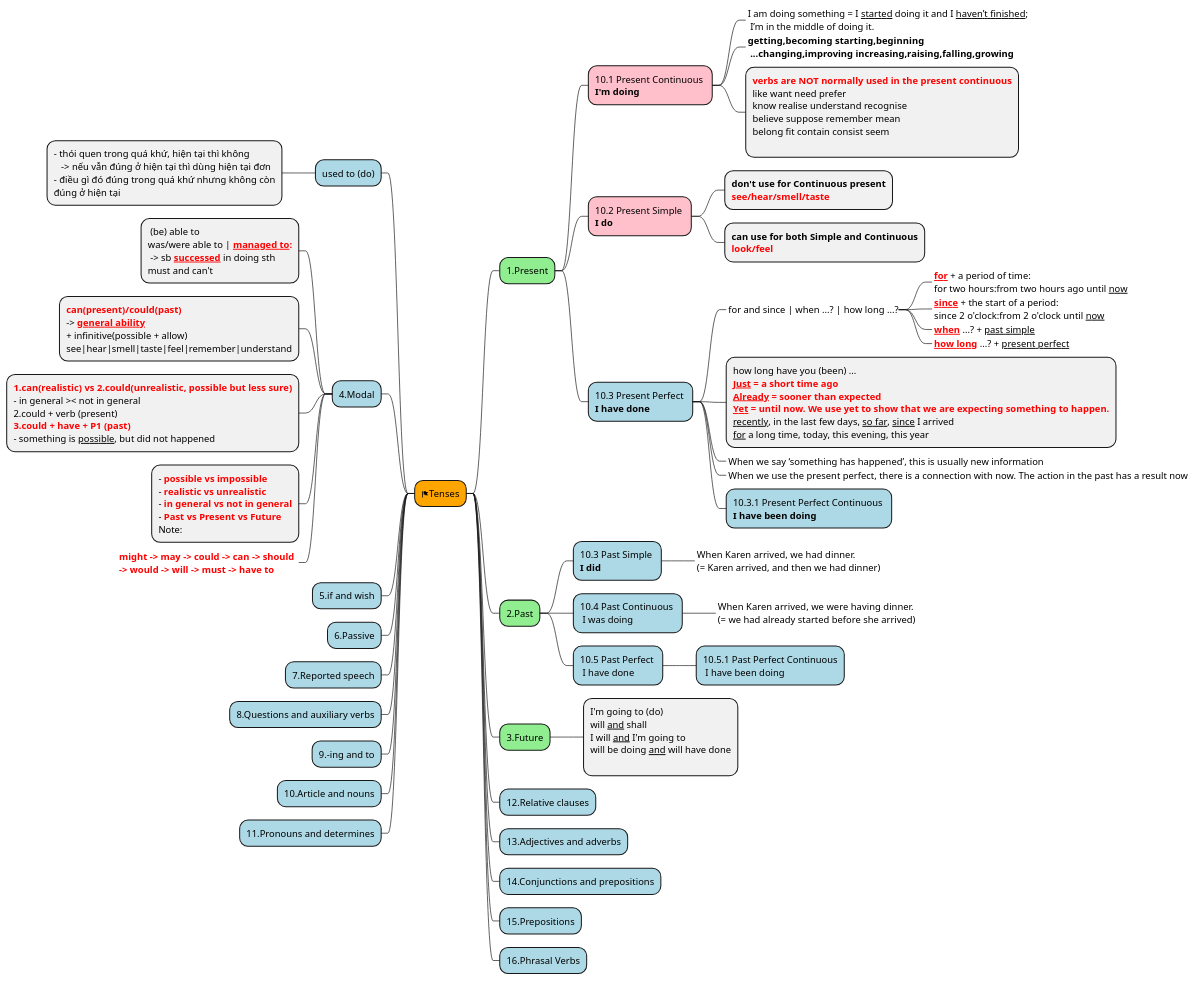
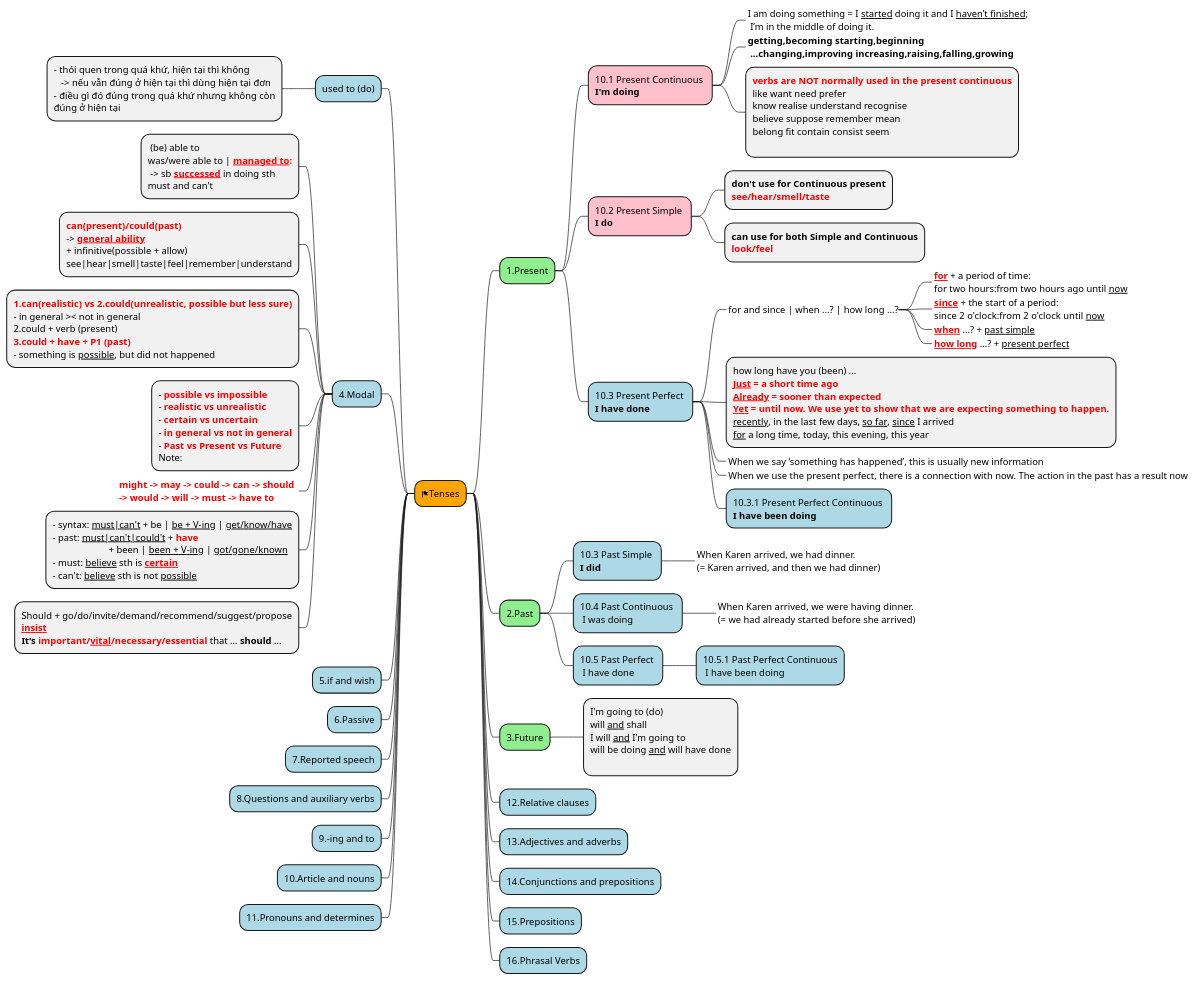
Before and after one commit to thanhnv2210/MyPlantuml: the diagram in src/English/Grammar/Tenses.puml, drawn with PlantUML. The commit also changed 9 other files, not shown here.

```diff
--- a/src/English/Grammar/Tenses.puml
+++ b/src/English/Grammar/Tenses.puml
@@ -1,103 +1,113 @@
 @startmindmap
 'https://canadadotnet.files.wordpress.com/2020/05/english-grammar-in-use-intermediate.pdf
 
 'caption figure 1
 'title My super title
 
 *[#orange] <&flag>Tenses
 **[#lightgreen] 1.Present
 ***[#pink] 10.1 Present Continuous \n<b>I'm doing
 ****_ I am doing something = I __started__ doing it and I __haven’t finished__; \n I’m in the middle of doing it.
 ****_ <b>getting,becoming  starting,beginning \n <b>...changing,improving increasing,raising,falling,growing
 ****:<b><color:red>verbs are NOT normally used in the present continuous
 like want need prefer
 know realise understand recognise
 believe suppose remember mean
 belong fit contain consist seem
 ;
 
 ***[#pink] 10.2 Present Simple \n<b>I do
 ****:<b>don't use for Continuous present
 <b><color:red>see/hear/smell/taste;
 ****:<b>can use for both Simple and Continuous
 <b><color:red>look/feel;
 
 
 ***[#lightblue] 10.3 Present Perfect \n<b>I have done
 ****_ for and since | when ...? | how long ...?
 *****_ <b><color:red>__for__</b> + a period of time: \nfor two hours:from two hours ago until __now__
 *****_ <b><color:red>__since__</b> + the start of a period: \nsince 2 o'clock:from 2 o'clock until __now__
 *****_ <b><color:red>__when__</b> ...? + __past simple__
 *****_ <b><color:red>__how long__</b> ...? + __present perfect__
 
 ****:how long have you (been) ...
 <b><color:red>__Just__ = a short time ago
 <b><color:red>__Already__ = sooner than expected
 <b><color:red>__Yet__ = until now. We use yet to show that we are expecting something to happen.
 __recently__, in the last few days, __so far__, __since__ I arrived
 __for__ a long time, today, this evening, this year;
 ****_ When we say ‘something has happened’, this is usually new information
 ****_ When we use the present perfect, there is a connection with now. The action in the past has a result now
 ****[#lightblue] 10.3.1 Present Perfect Continuous \n<b>I have been doing
 
 **[#lightgreen] 2.Past
 ***[#lightblue] 10.3 Past Simple \n<b>I did
 ****_ When Karen arrived, we had dinner. \n(= Karen arrived, and then we had dinner)
 ***[#lightblue] 10.4 Past Continuous \n I was doing
 ****_ When Karen arrived, we were having dinner. \n(= we had already started before she arrived)
 ***[#lightblue] 10.5 Past Perfect \n I have done
 ****[#lightblue] 10.5.1 Past Perfect Continuous\n I have been doing
 
 **[#lightgreen] 3.Future
 ***:I'm going to (do)
 will __and__ shall
 I will __and__ I'm going to
 will be doing __and__ will have done
 ;
 
 
 **[#lightblue] 12.Relative clauses
 **[#lightblue] 13.Adjectives and adverbs
 **[#lightblue] 14.Conjunctions and prepositions
 **[#lightblue] 15.Prepositions
 **[#lightblue] 16.Phrasal Verbs
 
 
 left side
 '**[#lightblue] have __and__ have got
 **[#lightblue] used to (do)
 ***:- thói quen trong quá khứ, hiện tại thì không
    -> nếu vẫn đúng ở hiện tại thì dùng hiện tại đơn
 - điều gì đó đúng trong quá khứ nhưng không còn
 đúng ở hiện tại;
 **[#lightblue] 4.Modal
 ***: (be) able to
 was/were able to | <b><color:red>__managed to__:
  -> sb <b><color:red>__successed__</b> in doing sth
 must and can't;
 ***:<b><color:red>can(present)/could(past)
 -> <b><color:red>__general ability__
 + infinitive(possible + allow)
 see|hear|smell|taste|feel|remember|understand;
 ***:<b><color:red>1.can(realistic) vs 2.could(unrealistic, possible but less sure)
 - in general >< not in general
 2.could + verb (present)
 <b><color:red>3.could + have + P1 (past)
 - something is __possible__, but did not happened;
 ***:-<b><color:red> possible vs impossible
 -<b><color:red> realistic vs unrealistic
+-<b><color:red> certain vs uncertain
 -<b><color:red> in general vs not in general
 -<b><color:red> Past vs Present vs Future
 Note:  ;
 ***_ <b><color:red>might -> may -> could -> can -> should \n<b><color:red>-> would -> will -> must -> have to
+***:- syntax: __must|can't__ + be | __be + V-ing__ | __get/know/have__
+- past: __must|can't|could't__ + <b><color:red>have</b>
+                       + been | __been + V-ing__ | __got/gone/known__
+- must: __believe__ sth is <b><color:red>__certain__
+' you've been travelling all day. you must be tired
+- can't: __believe__ sth is not __possible__;
+***:Should + go/do/invite/demand/recommend/suggest/propose
+<b><color:red>__insist__
+<b>It’s <color:red>important/__vital__/necessary/essential</b> that … <b>should</b> … ;
 **[#lightblue] 5.if and wish
 **[#lightblue] 6.Passive
 **[#lightblue] 7.Reported speech
 **[#lightblue] 8.Questions and auxiliary verbs
 **[#lightblue] 9.-ing and to
 **[#lightblue] 10.Article and nouns
 **[#lightblue] 11.Pronouns and determines
 
 
 
 @endmindmap
```
